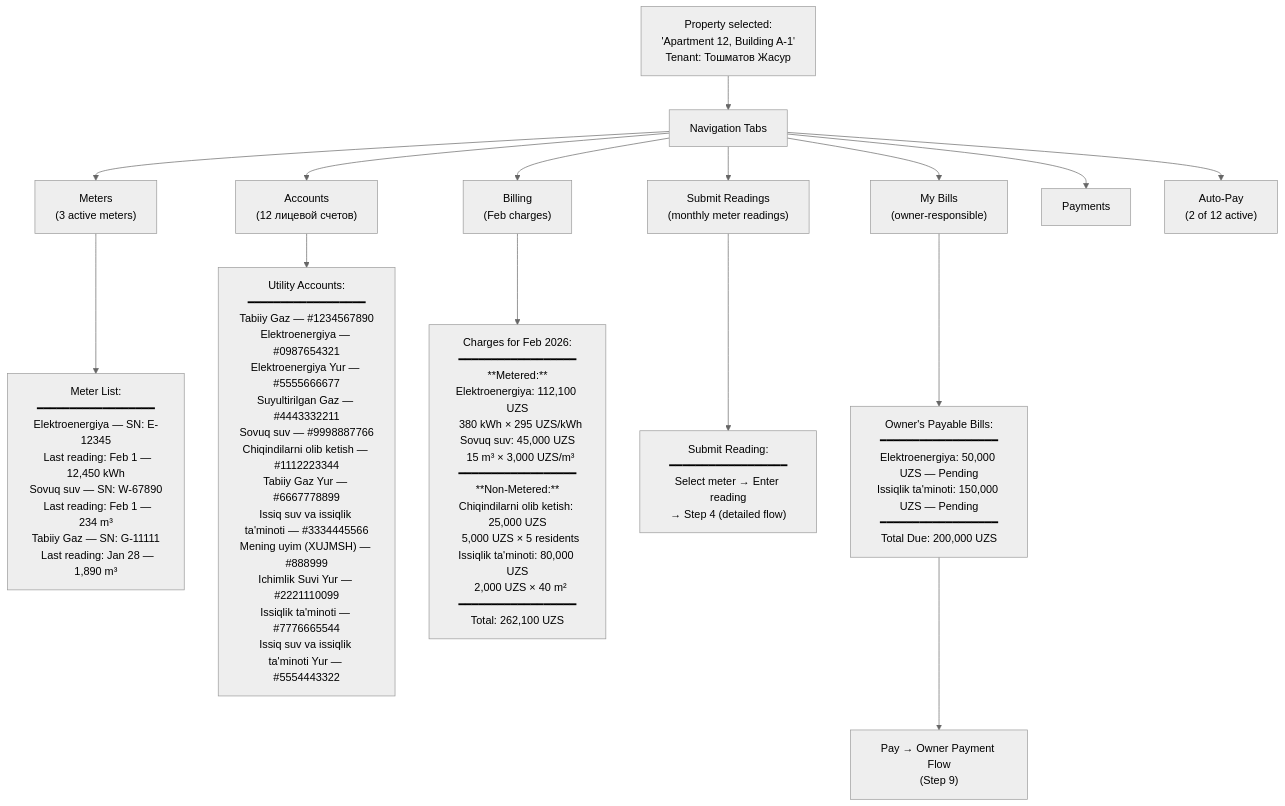
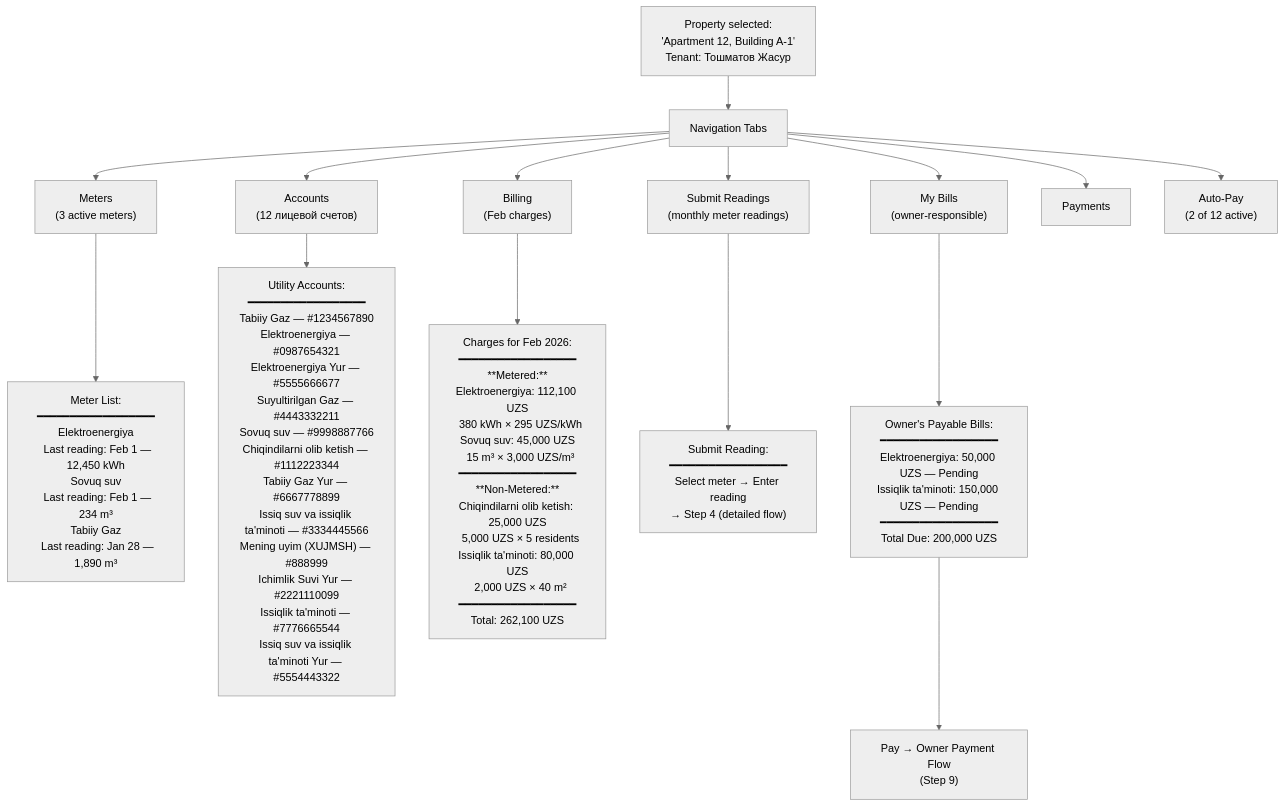
Before and after one commit to saodatm-dev/Utilities---Informational-Architecture: the third of 11 diagrams in Utilities - Business Owner.md, drawn with Mermaid (neutral theme). The commit also changed other lines of this file and 1 other file, not shown here.

````diff
--- a/Utilities - Business Owner.md
+++ b/Utilities - Business Owner.md
@@ -90,24 +90,24 @@
 ```mermaid
 flowchart TD
     PROP["Property selected:<br/>'Apartment 12, Building A-1'<br/>Tenant: Тошматов Жасур"] --> TABS["Navigation Tabs"]
 
     TABS --> T_METERS["Meters<br/>(3 active meters)"]
     TABS --> T_ACCOUNTS["Accounts<br/>(12 лицевой счетов)"]
     TABS --> T_READINGS["Submit Readings<br/>(monthly meter readings)"]
     TABS --> T_BILLING["Billing<br/>(Feb charges)"]
     TABS --> T_MY_BILLS["My Bills<br/>(owner-responsible)"]
     TABS --> T_PAYMENTS["Payments"]
     TABS --> T_AUTOPAY["Auto-Pay<br/>(2 of 12 active)"]
 
-    T_METERS --> METERS_VIEW["Meter List:<br/>━━━━━━━━━━━━━━━━━━<br/>Elektroenergiya — SN: E-12345<br/>  Last reading: Feb 1 — 12,450 kWh<br/>Sovuq suv — SN: W-67890<br/>  Last reading: Feb 1 — 234 m³<br/>Tabiiy Gaz — SN: G-11111<br/>  Last reading: Jan 28 — 1,890 m³"]
+    T_METERS --> METERS_VIEW["Meter List:<br/>━━━━━━━━━━━━━━━━━━<br/>Elektroenergiya<br/>  Last reading: Feb 1 — 12,450 kWh<br/>Sovuq suv<br/>  Last reading: Feb 1 — 234 m³<br/>Tabiiy Gaz<br/>  Last reading: Jan 28 — 1,890 m³"]
 
     T_ACCOUNTS --> ACC_VIEW["Utility Accounts:<br/>━━━━━━━━━━━━━━━━━━<br/>Tabiiy Gaz — #1234567890<br/>Elektroenergiya — #0987654321<br/>Elektroenergiya Yur — #5555666677<br/>Suyultirilgan Gaz — #4443332211<br/>Sovuq suv — #9998887766<br/>Chiqindilarni olib ketish — #1112223344<br/>Tabiiy Gaz Yur — #6667778899<br/>Issiq suv va issiqlik ta'minoti — #3334445566<br/>Mening uyim (XUJMSH) — #888999<br/>Ichimlik Suvi Yur — #2221110099<br/>Issiqlik ta'minoti — #7776665544<br/>Issiq suv va issiqlik ta'minoti Yur — #5554443322"]
 
     T_BILLING --> BILL_VIEW["Charges for Feb 2026:<br/>━━━━━━━━━━━━━━━━━━<br/>**Metered:**<br/>Elektroenergiya: 112,100 UZS<br/>  380 kWh × 295 UZS/kWh<br/>Sovuq suv: 45,000 UZS<br/>  15 m³ × 3,000 UZS/m³<br/>━━━━━━━━━━━━━━━━━━<br/>**Non-Metered:**<br/>Chiqindilarni olib ketish: 25,000 UZS<br/>  5,000 UZS × 5 residents<br/>Issiqlik ta'minoti: 80,000 UZS<br/>  2,000 UZS × 40 m²<br/>━━━━━━━━━━━━━━━━━━<br/>Total: 262,100 UZS"]
 
     T_READINGS --> READINGS_VIEW["Submit Reading:<br/>━━━━━━━━━━━━━━━━━━<br/>Select meter → Enter reading<br/>→ Step 4 (detailed flow)"]
 
     T_MY_BILLS --> MY_BILLS_VIEW["Owner's Payable Bills:<br/>━━━━━━━━━━━━━━━━━━<br/>Elektroenergiya: 50,000 UZS — Pending<br/>Issiqlik ta'minoti: 150,000 UZS — Pending<br/>━━━━━━━━━━━━━━━━━━<br/>Total Due: 200,000 UZS"]
 
     MY_BILLS_VIEW --> PAY_BTN["Pay → Owner Payment Flow<br/>(Step 9)"]
 ```
````
